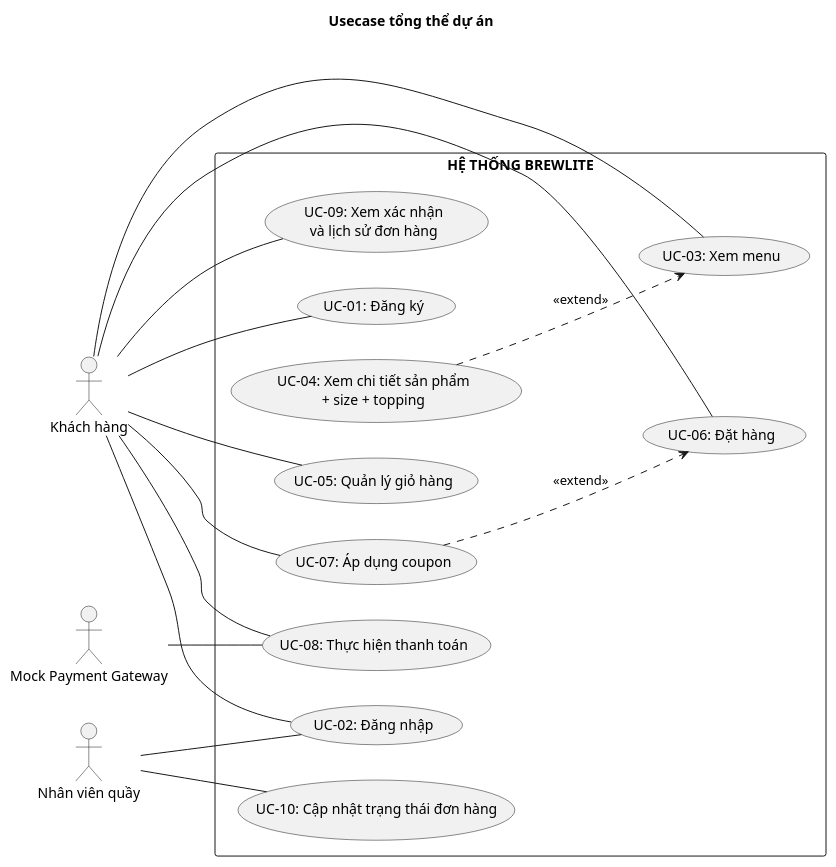
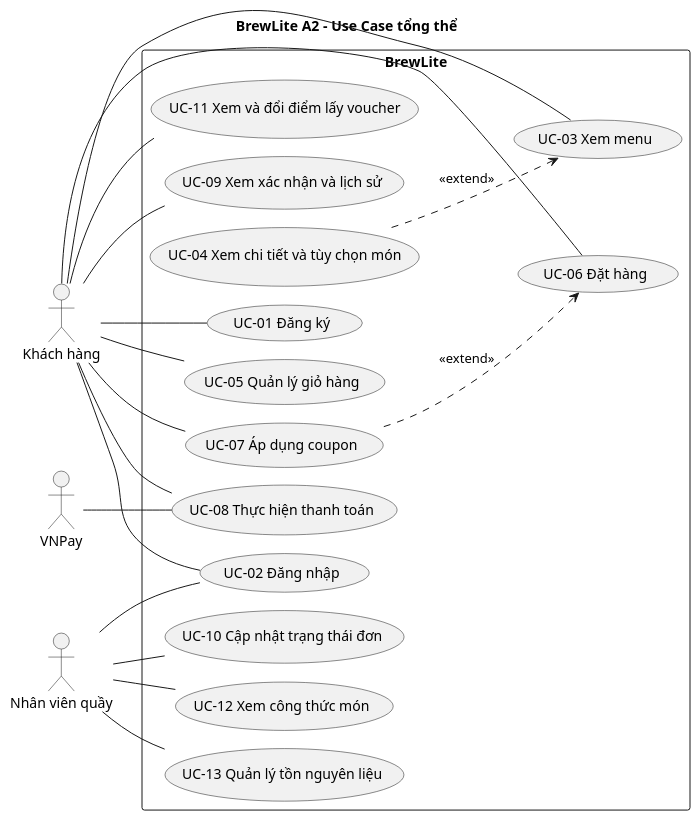
Before and after one commit to Fatcatmmb-sudo/BrewLite_A2: the diagram in docs/diagrams/use-case-overview.puml, drawn with PlantUML. The commit also changed other lines of this file and 12 other files, not shown here.

```diff
--- a/docs/diagrams/use-case-overview.puml
+++ b/docs/diagrams/use-case-overview.puml
@@ -2,49 +1,41 @@
 @startuml
-title Usecase tổng thể dự án
-
+!pragma layout smetana
 left to right direction
-
-skinparam packageStyle rectangle
+title BrewLite A2 - Use Case tổng thể
+skinparam defaultFontName Arial
 skinparam shadowing false
-skinparam actorStyle stickman
-
 actor "Khách hàng" as Customer
 actor "Nhân viên quầy" as Staff
-actor "Mock Payment Gateway" as Payment
-
-rectangle "HỆ THỐNG BREWLITE" {
-
-    usecase "UC-01: Đăng ký" as UC01
-    usecase "UC-02: Đăng nhập" as UC02
-    usecase "UC-03: Xem menu" as UC03
-    usecase "UC-04: Xem chi tiết sản phẩm\n+ size + topping" as UC04
-    usecase "UC-05: Quản lý giỏ hàng" as UC05
-    usecase "UC-06: Đặt hàng" as UC06
-    usecase "UC-07: Áp dụng coupon" as UC07
-    usecase "UC-08: Thực hiện thanh toán" as UC08
-    usecase "UC-09: Xem xác nhận\nvà lịch sử đơn hàng" as UC09
-    usecase "UC-10: Cập nhật trạng thái đơn hàng" as UC10
+actor "VNPay" as Gateway
+rectangle "BrewLite" {
+  usecase "UC-01 Đăng ký" as UC01
+  usecase "UC-02 Đăng nhập" as UC02
+  usecase "UC-03 Xem menu" as UC03
+  usecase "UC-04 Xem chi tiết và tùy chọn món" as UC04
+  usecase "UC-05 Quản lý giỏ hàng" as UC05
+  usecase "UC-06 Đặt hàng" as UC06
+  usecase "UC-07 Áp dụng coupon" as UC07
+  usecase "UC-08 Thực hiện thanh toán" as UC08
+  usecase "UC-09 Xem xác nhận và lịch sử" as UC09
+  usecase "UC-10 Cập nhật trạng thái đơn" as UC10
+  usecase "UC-11 Xem và đổi điểm lấy voucher" as UC11
+  usecase "UC-12 Xem công thức món" as UC12
+  usecase "UC-13 Quản lý tồn nguyên liệu" as UC13
 }
-
-' Khách hàng
 Customer -- UC01
 Customer -- UC02
 Customer -- UC03
 Customer -- UC05
 Customer -- UC06
 Customer -- UC07
 Customer -- UC08
 Customer -- UC09
-
-' Nhân viên quầy
+Customer -- UC11
 Staff -- UC02
 Staff -- UC10
-
-' Cổng thanh toán giả lập
-Payment -- UC08
-
-' Quan hệ mở rộng
+Staff -- UC12
+Staff -- UC13
+Gateway -- UC08
 UC04 ..> UC03 : <<extend>>
 UC07 ..> UC06 : <<extend>>
-
 @enduml
```
